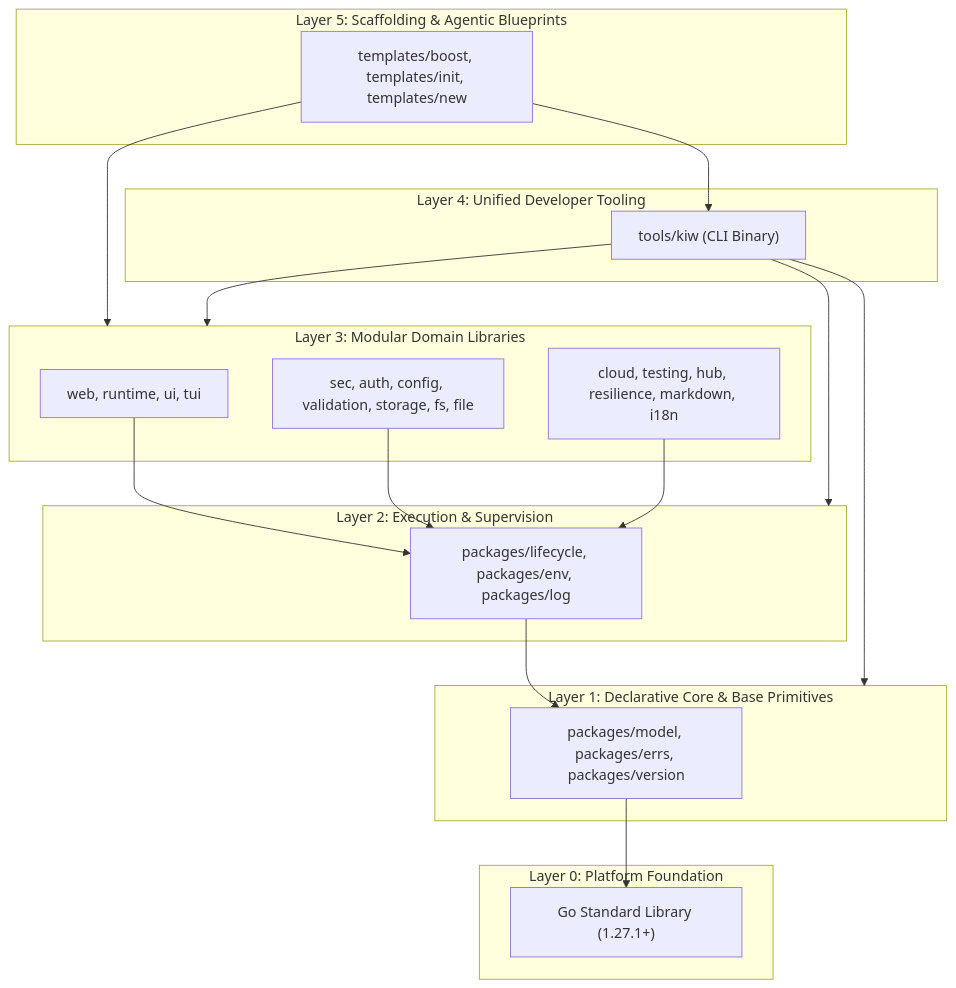
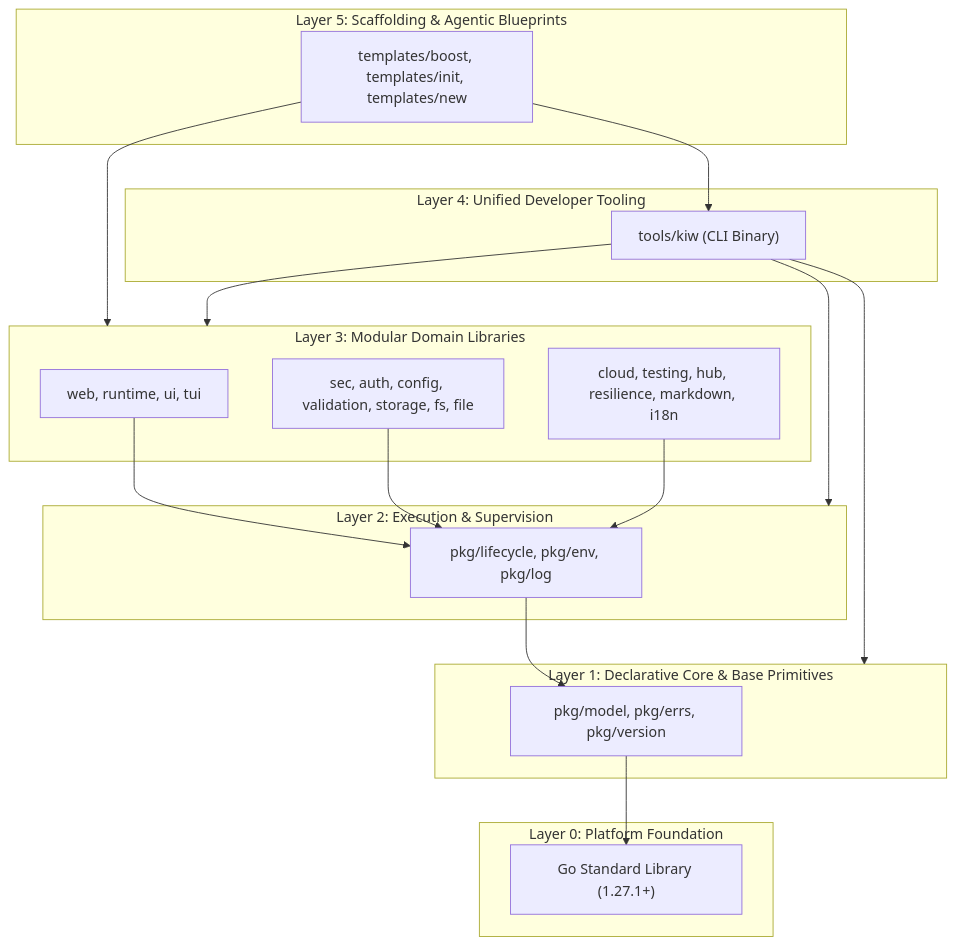
One commit to krewire/krewire changed the diagram in docs/foundation/architecture.md. Above: the diagram before and after it, drawn with Mermaid. The commit also changed other lines of this file and 81 other files, not shown here.

````diff
--- a/docs/foundation/architecture.md
+++ b/docs/foundation/architecture.md
@@ -76,39 +90,39 @@
 ```mermaid
 flowchart TD
     subgraph L5 ["Layer 5: Scaffolding & Agentic Blueprints"]
         Templates["templates/boost, templates/init, templates/new"]
     end
 
     subgraph L4 ["Layer 4: Unified Developer Tooling"]
         KiwCLI["tools/kiw (CLI Binary)"]
     end
 
     subgraph L3 ["Layer 3: Modular Domain Libraries"]
         WebRuntime["web, runtime, ui, tui"]
         SecuritySys["sec, auth, config, validation, storage, fs, file"]
         PlatformUtil["cloud, testing, hub, resilience, markdown, i18n"]
     end
 
     subgraph L2 ["Layer 2: Execution & Supervision"]
-        KernLifecycle["packages/lifecycle, packages/env, packages/log"]
+        KernLifecycle["pkg/lifecycle, pkg/env, pkg/log"]
     end
 
     subgraph L1 ["Layer 1: Declarative Core & Base Primitives"]
-        KernModel["packages/model, packages/errs, packages/version"]
+        KernModel["pkg/model, pkg/errs, pkg/version"]
     end
 
     subgraph L0 ["Layer 0: Platform Foundation"]
         StdLib["Go Standard Library (1.27.1+)"]
     end
 
     Templates --> KiwCLI
     Templates --> L3
     KiwCLI --> L3
     KiwCLI --> L2
     KiwCLI --> L1
     WebRuntime --> KernLifecycle
     SecuritySys --> KernLifecycle
     PlatformUtil --> KernLifecycle
     KernLifecycle --> KernModel
     KernModel --> StdLib
 ```
````
